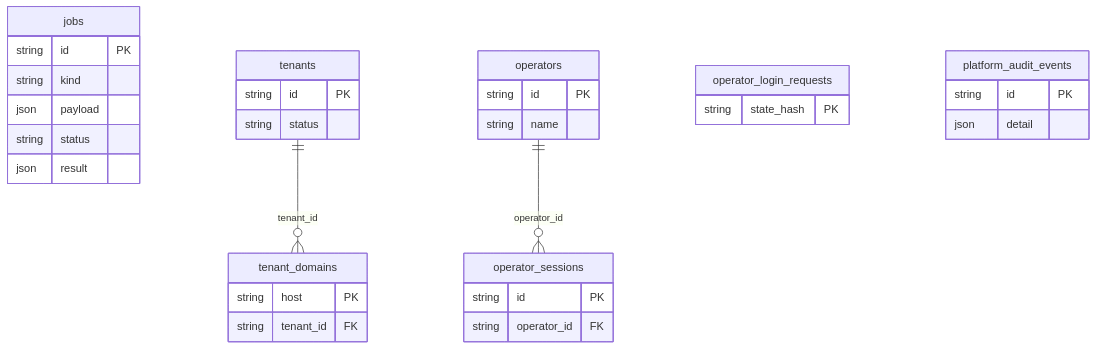
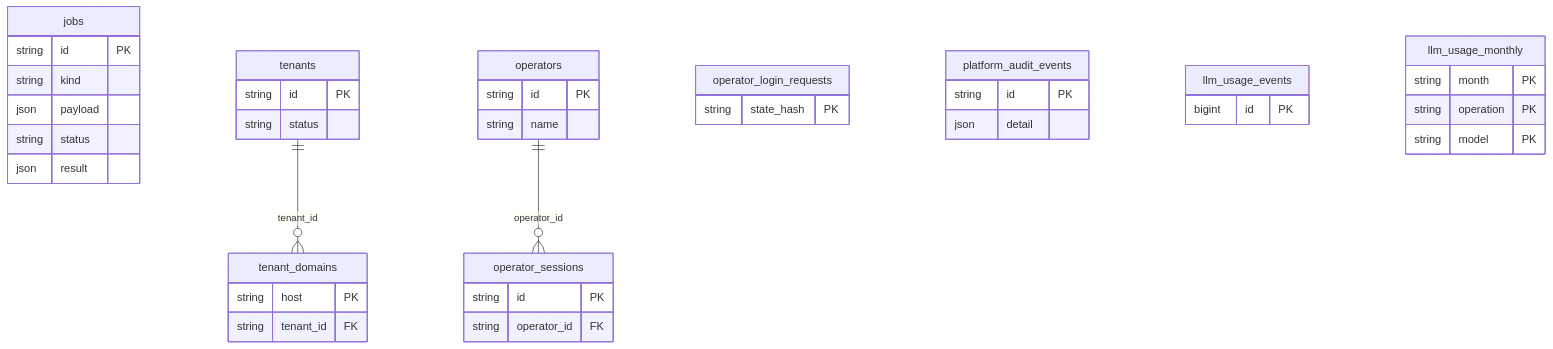
Before and after one commit to jayendukumar/agentify: the eighth of 8 diagrams in docs/wiki/Data-Model.md, drawn with Mermaid. The commit also changed other lines of this file and 38 other files, not shown here.

````diff
--- a/docs/wiki/Data-Model.md
+++ b/docs/wiki/Data-Model.md
@@ -589,35 +594,43 @@
 ```mermaid
 erDiagram
     jobs {
         string id PK
         string kind
         json payload
         string status
         json result
     }
     tenants {
         string id PK
         string status
     }
     tenant_domains {
         string host PK
         string tenant_id FK
     }
     operators {
         string id PK
         string name
     }
     operator_sessions {
         string id PK
         string operator_id FK
     }
     operator_login_requests {
         string state_hash PK
     }
     platform_audit_events {
         string id PK
         json detail
     }
+    llm_usage_events {
+        bigint id PK
+    }
+    llm_usage_monthly {
+        string month PK
+        string operation PK
+        string model PK
+    }
     tenants ||--o{ tenant_domains : "tenant_id"
     operators ||--o{ operator_sessions : "operator_id"
 ```
````
